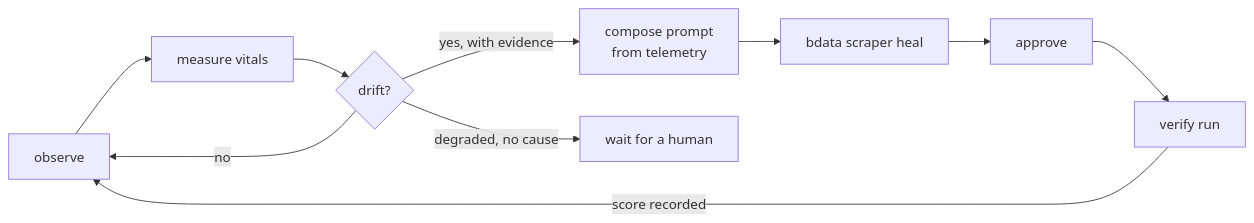
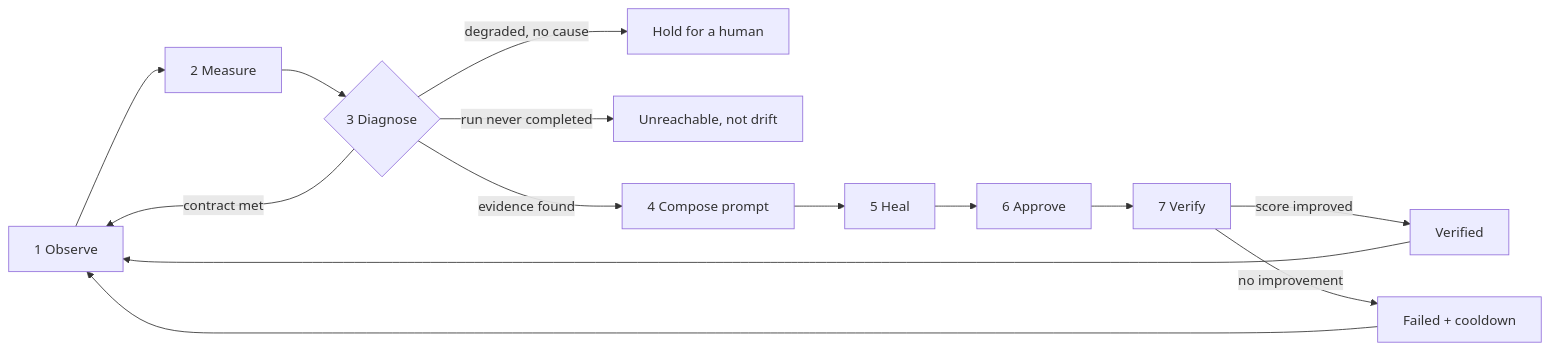
The second of 4 diagrams in README.md (hassaansaleem28/spinneret), drawn with Mermaid before and after one commit. The commit also changed other lines of this file and 8 other files, not shown here.

````diff
--- a/README.md
+++ b/README.md
@@ -30,12 +149,16 @@
 ```mermaid
 flowchart LR
-    O[observe] --> M[measure vitals]
-    M --> D{drift?}
-    D -->|no| O
-    D -->|yes, with evidence| P[compose prompt<br/>from telemetry]
-    P --> H[bdata scraper heal]
-    H --> A[approve]
-    A --> V[verify run]
-    V -->|score recorded| O
-    D -->|degraded, no cause| W[wait for a human]
+    O["1 Observe"] --> M["2 Measure"]
+    M --> D{"3 Diagnose"}
+    D -->|contract met| O
+    D -->|degraded, no cause| W["Hold for a human"]
+    D -->|run never completed| U["Unreachable, not drift"]
+    D -->|evidence found| C["4 Compose prompt"]
+    C --> H["5 Heal"]
+    H --> A["6 Approve"]
+    A --> V["7 Verify"]
+    V -->|score improved| OK["Verified"]
+    V -->|no improvement| F["Failed + cooldown"]
+    OK --> O
+    F --> O
 ```
````
